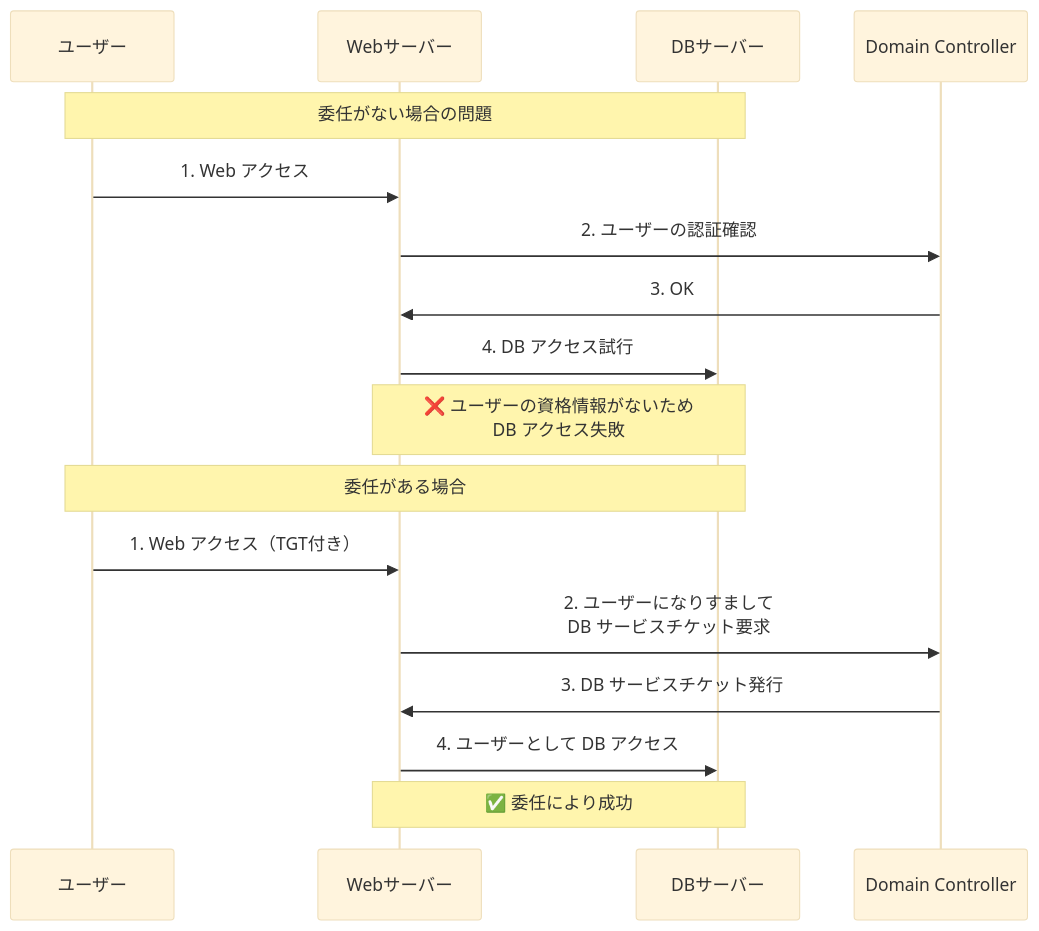
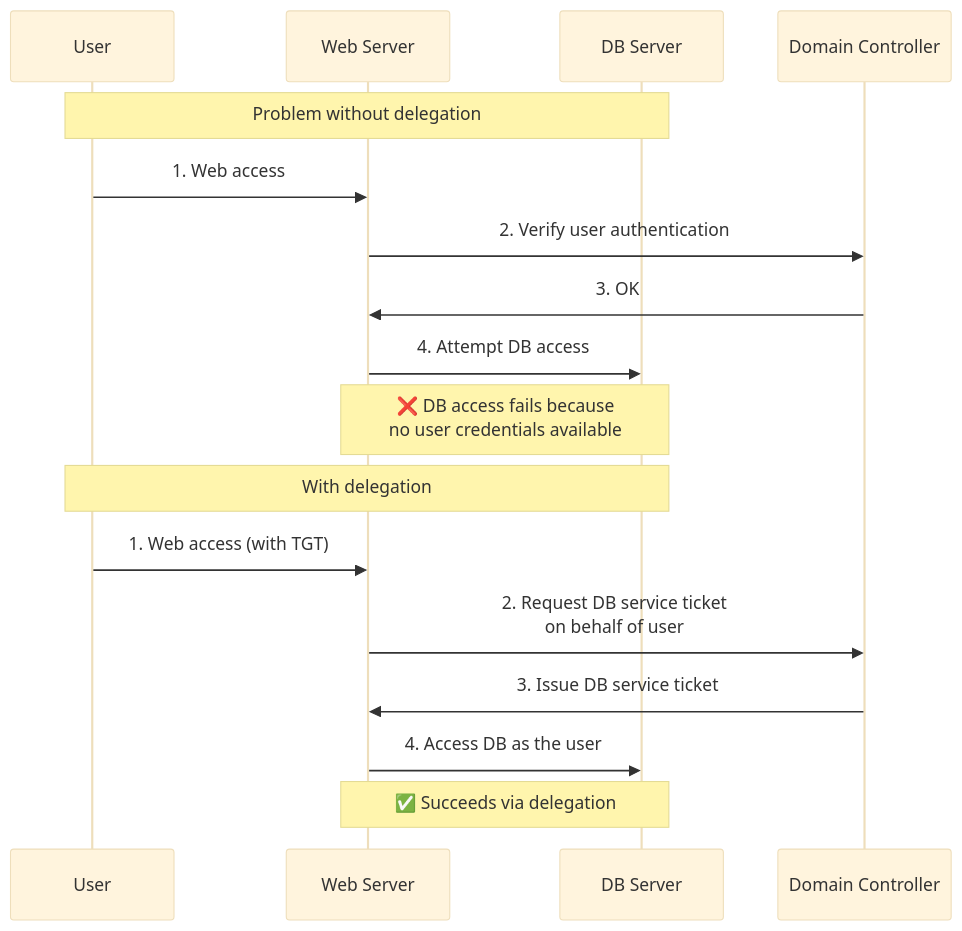
One commit to morimori-dev/morimori-dev.github.io changed the first of 6 diagrams in _posts/2026-03-03-tech-rbcd-attack-guide.md. Above: the diagram before and after it, drawn with Mermaid (base theme). The commit also changed other lines of this file and 1 other file, not shown here.

````diff
--- a/_posts/2026-03-03-tech-rbcd-attack-guide.md
+++ b/_posts/2026-03-03-tech-rbcd-attack-guide.md
@@ -40,23 +41,23 @@
 ```mermaid
 sequenceDiagram
-    participant U as ユーザー
-    participant W as Webサーバー
-    participant D as DBサーバー
+    participant U as User
+    participant W as Web Server
+    participant D as DB Server
     participant DC as Domain Controller
-    
-    Note over U,D: 委任がない場合の問題
-    
-    U->>W: 1. Web アクセス
-    W->>DC: 2. ユーザーの認証確認
+
+    Note over U,D: Problem without delegation
+
+    U->>W: 1. Web access
+    W->>DC: 2. Verify user authentication
     DC->>W: 3. OK
-    W->>D: 4. DB アクセス試行
-    Note over W,D: ❌ ユーザーの資格情報がないため<br/>DB アクセス失敗
-    
-    Note over U,D: 委任がある場合
-    
-    U->>W: 1. Web アクセス（TGT付き）
-    W->>DC: 2. ユーザーになりすまして<br/>DB サービスチケット要求
-    DC->>W: 3. DB サービスチケット発行
-    W->>D: 4. ユーザーとして DB アクセス
-    Note over W,D: ✅ 委任により成功
+    W->>D: 4. Attempt DB access
+    Note over W,D: ❌ DB access fails because<br/>no user credentials available
+
+    Note over U,D: With delegation
+
+    U->>W: 1. Web access (with TGT)
+    W->>DC: 2. Request DB service ticket<br/>on behalf of user
+    DC->>W: 3. Issue DB service ticket
+    W->>D: 4. Access DB as the user
+    Note over W,D: ✅ Succeeds via delegation
 ```
````
